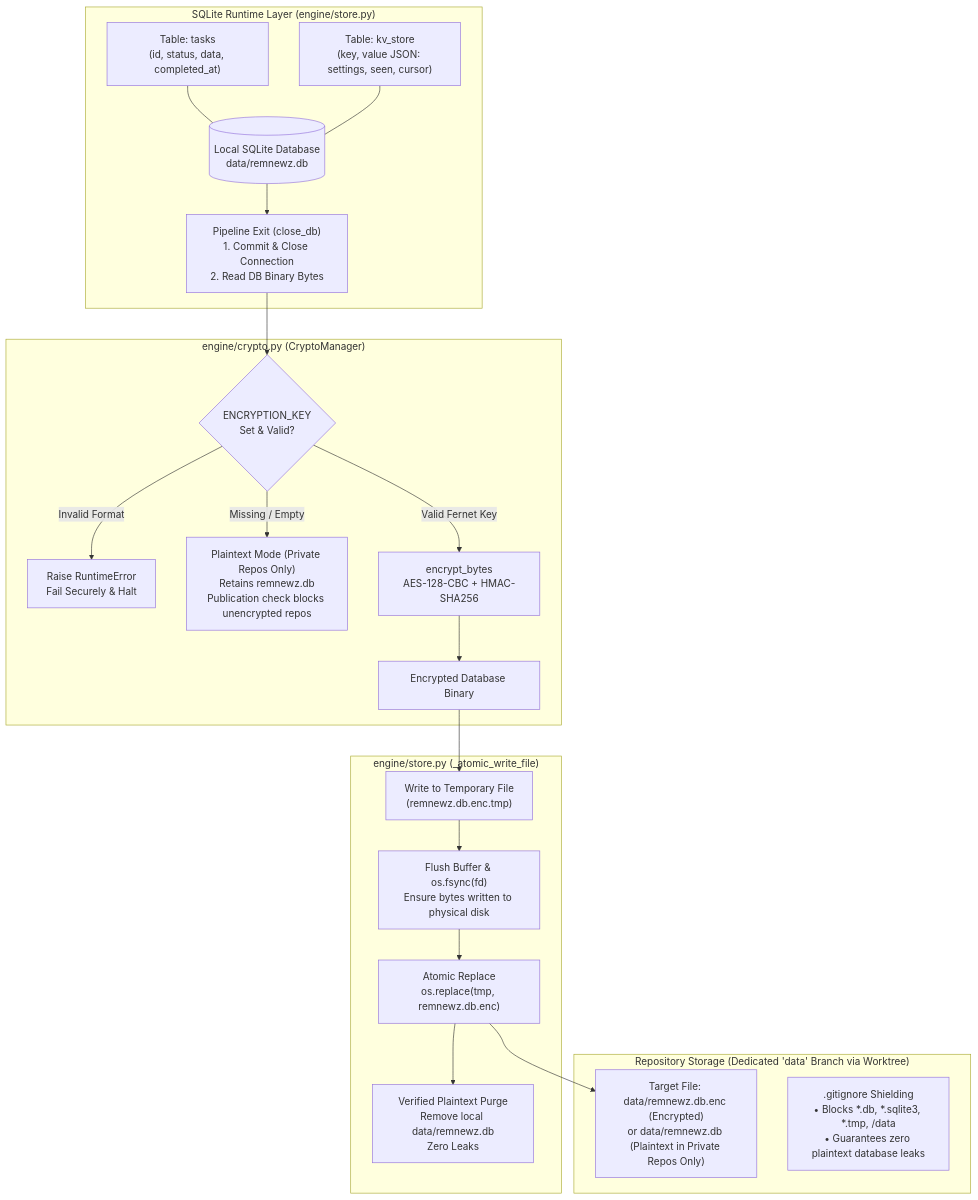
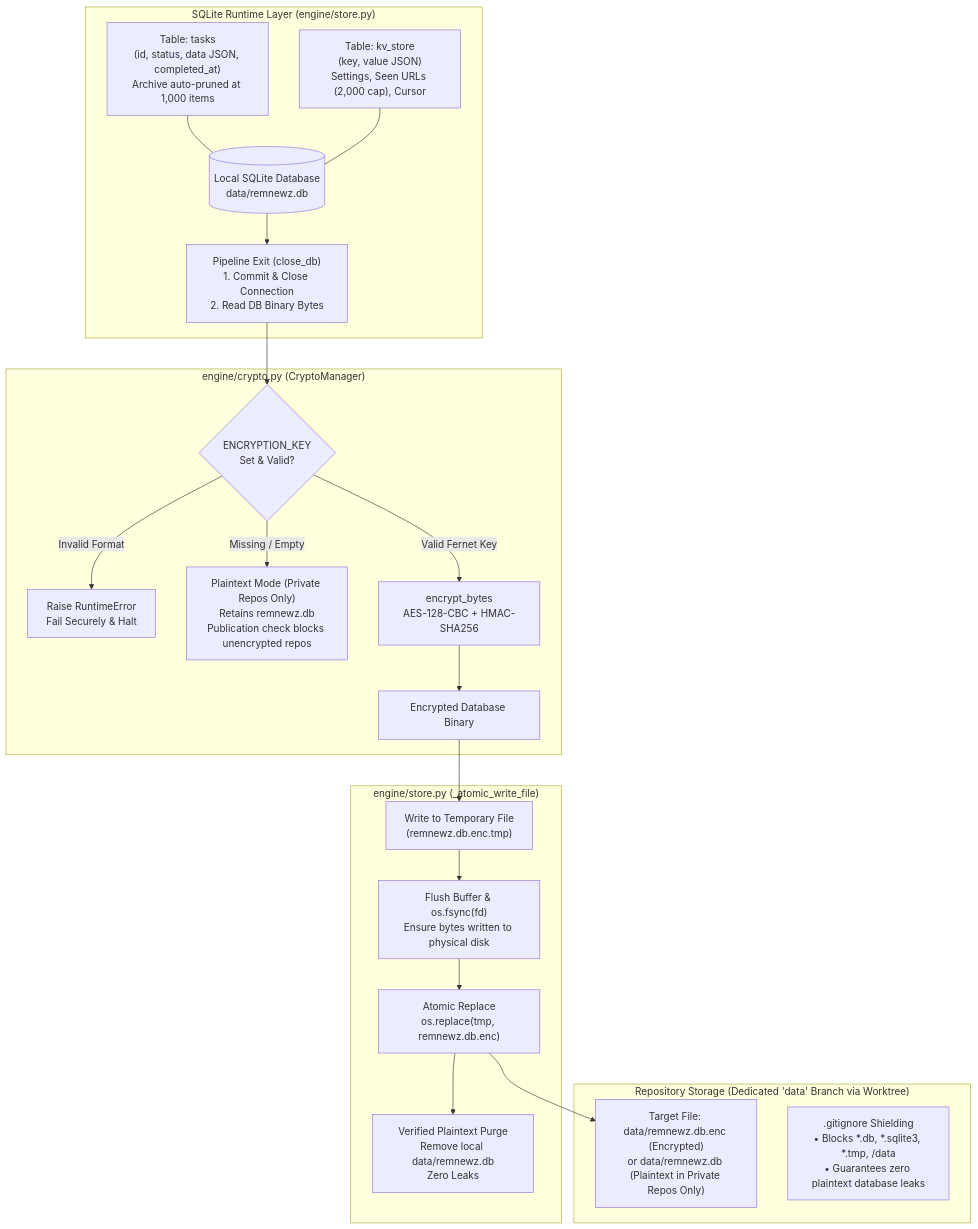
One commit to joydeepd900/RemNewz changed the sixth of 7 diagrams in Project Docs/structures.md. Above: the diagram before and after it, drawn with Mermaid. The commit also changed other lines of this file and 2 other files, not shown here.

Commit message:
docs: update Phases, Architecture, and structures for SQLite migration and Search/Stats

````diff
--- a/Project Docs/structures.md
+++ b/Project Docs/structures.md
@@ -299,41 +316,41 @@
 ```mermaid
 flowchart TD
     subgraph DatabaseLayer["SQLite Runtime Layer (engine/store.py)"]
         SQLITE_DB[("Local SQLite Database<br/>data/remnewz.db")]
-        TASKS_TBL["Table: tasks<br/>(id, status, data, completed_at)"]
-        KV_TBL["Table: kv_store<br/>(key, value JSON: settings, seen, cursor)"]
+        TASKS_TBL["Table: tasks<br/>(id, status, data JSON, completed_at)<br/>Archive auto-pruned at 1,000 items"]
+        KV_TBL["Table: kv_store<br/>(key, value JSON)<br/>Settings, Seen URLs (2,000 cap), Cursor"]
         
         TASKS_TBL --- SQLITE_DB
         KV_TBL --- SQLITE_DB
         
         CLOSE["Pipeline Exit (close_db)<br/>1. Commit & Close Connection<br/>2. Read DB Binary Bytes"]
         SQLITE_DB --> CLOSE
     end
 
     subgraph CryptoLayer["engine/crypto.py (CryptoManager)"]
         CHK_KEY{ENCRYPTION_KEY<br/>Set & Valid?}
         CHK_KEY -- Invalid Format --> FAIL_SECURE[Raise RuntimeError<br/>Fail Securely & Halt]
         CHK_KEY -- Missing / Empty --> PLAIN_MODE["Plaintext Mode (Private Repos Only)<br/>Retains remnewz.db<br/>Publication check blocks unencrypted repos"]
         CHK_KEY -- Valid Fernet Key --> ENC_MODE[encrypt_bytes<br/>AES-128-CBC + HMAC-SHA256]
         
         CLOSE --> CHK_KEY
         ENC_MODE --> CIPHER_BYTES[Encrypted Database Binary]
     end
 
     subgraph AtomicIO["engine/store.py (_atomic_write_file)"]
         TMP_FILE["Write to Temporary File<br/>(remnewz.db.enc.tmp)"]
         FSYNC["Flush Buffer & os.fsync(fd)<br/>Ensure bytes written to physical disk"]
         OS_REPLACE["Atomic Replace<br/>os.replace(tmp, remnewz.db.enc)"]
         VERIFIED_PURGE["Verified Plaintext Purge<br/>Remove local data/remnewz.db<br/>Zero Leaks"]
         
         CIPHER_BYTES --> TMP_FILE
         TMP_FILE --> FSYNC
         FSYNC --> OS_REPLACE
         OS_REPLACE --> VERIFIED_PURGE
     end
 
     subgraph DiskStorage["Repository Storage (Dedicated 'data' Branch via Worktree)"]
         OS_REPLACE --> DATA_ENC["Target File: data/remnewz.db.enc (Encrypted)<br/>or data/remnewz.db (Plaintext in Private Repos Only)"]
         GITIGNORE[".gitignore Shielding<br/>• Blocks *.db, *.sqlite3, *.tmp, /data<br/>• Guarantees zero plaintext database leaks"]
     end
 ```
````
